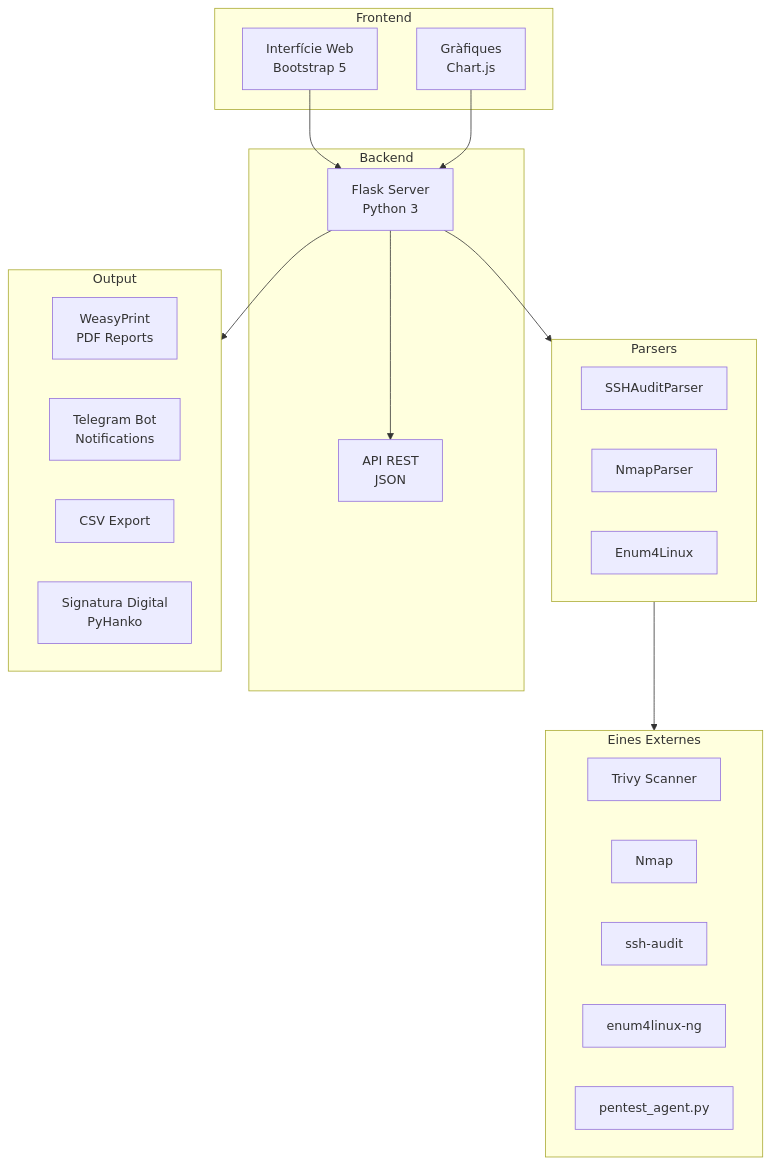
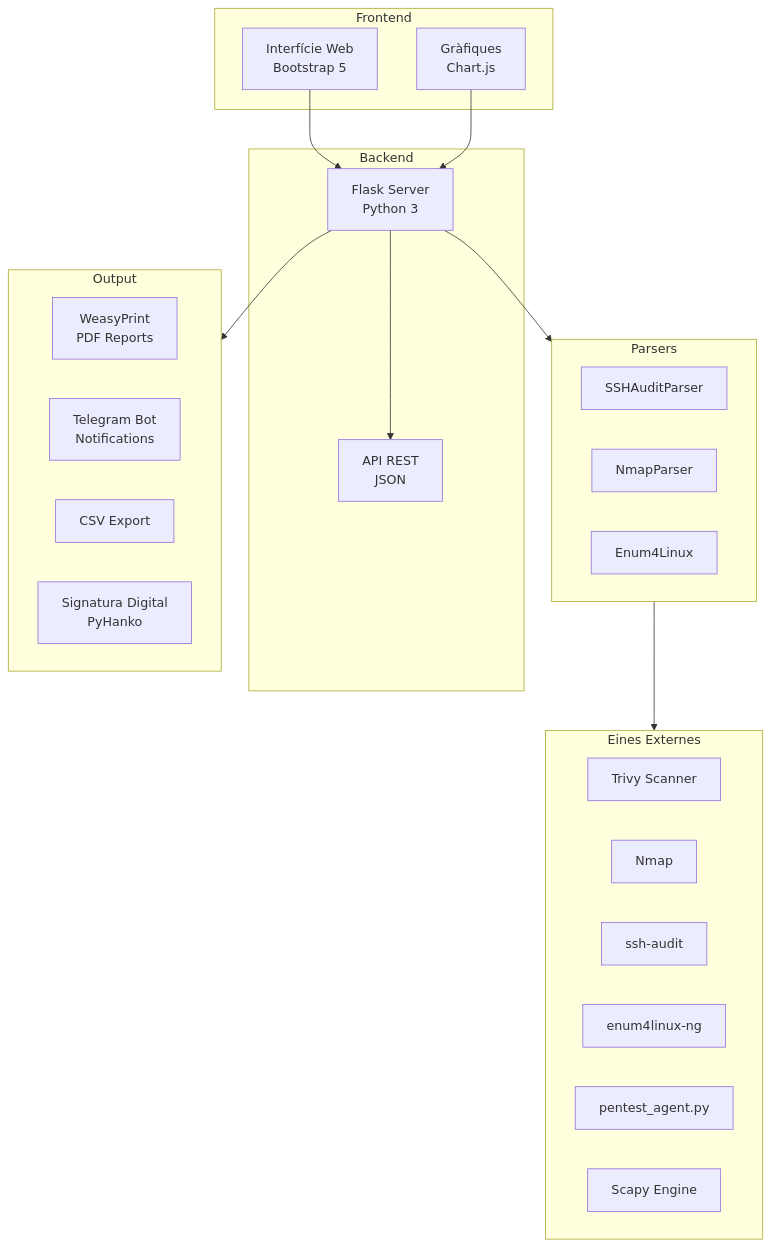
The first of 3 diagrams in mkdocs/docs/agent/arquitectura.md (chaminita94/diag_agent), drawn with Mermaid before and after one commit. The commit also changed other lines of this file and 30 other files, not shown here.

````diff
--- a/mkdocs/docs/agent/arquitectura.md
+++ b/mkdocs/docs/agent/arquitectura.md
@@ -9,40 +9,41 @@
 ```mermaid
 flowchart TB
     subgraph Frontend["Frontend"]
         UI["Interfície Web<br/>Bootstrap 5"]
         Charts["Gràfiques<br/>Chart.js"]
     end
     
     subgraph Backend["Backend"]
         Flask["Flask Server<br/>Python 3"]
         API["API REST<br/>JSON"]
     end
     
     subgraph Parsers["Parsers"]
         SSH["SSHAuditParser"]
         Nmap["NmapParser"]
         Enum["Enum4Linux"]
     end
     
     subgraph Tools["Eines Externes"]
         Trivy["Trivy Scanner"]
         NmapTool["Nmap"]
         SSHAudit["ssh-audit"]
         E4L["enum4linux-ng"]
         PTAgent["pentest_agent.py"]
+        Scapy["Scapy Engine"]
     end
     
     subgraph Output["Output"]
         PDF["WeasyPrint<br/>PDF Reports"]
         Telegram["Telegram Bot<br/>Notifications"]
         CSV["CSV Export"]
         Sign["Signatura Digital<br/>PyHanko"]
     end
     
     UI --> Flask
     Charts --> Flask
     Flask --> API
     Flask --> Parsers
     Parsers --> Tools
     Flask --> Output
 ```
````
